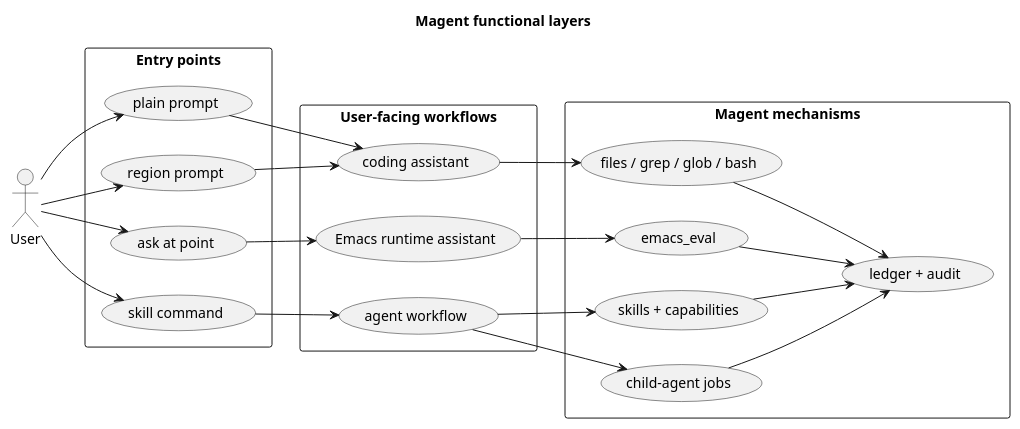
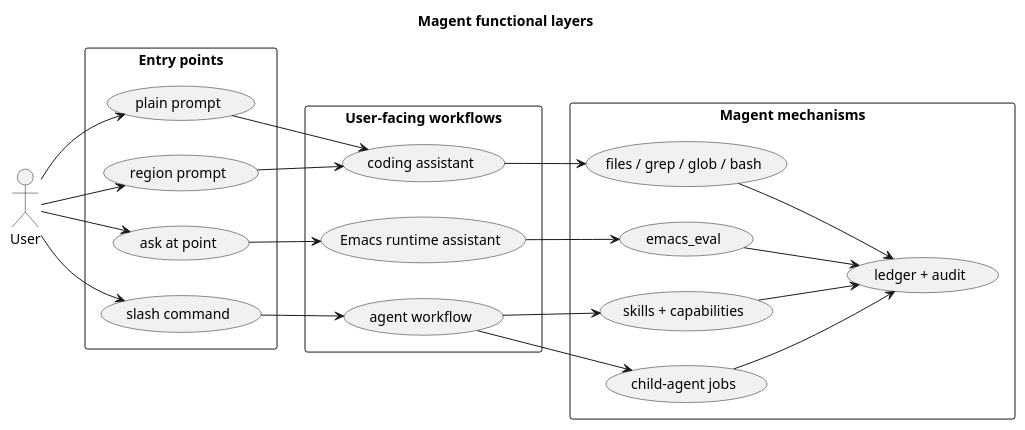
Before and after one commit to Jamie-Cui/magent: the third of 3 diagrams in docs/_diagrams/magent-architecture.org, drawn with PlantUML. The commit also changed 53 other files, not shown here.

First line of the commit message:
feat(commands): add extensible slash command API (#16)

```diff
--- a/docs/_diagrams/magent-architecture.org
+++ b/docs/_diagrams/magent-architecture.org
@@ -115,51 +115,51 @@
 #+begin_src plantuml :file ../assets/img/diagrams/functional-layers.svg :exports results :results file
 @startuml
 title Magent functional layers
 skinparam monochrome true
 skinparam shadowing false
 
 left to right direction
 
 actor User
 
 rectangle "Entry points" as Entry {
   usecase "plain prompt" as Plain
   usecase "region prompt" as Region
   usecase "ask at point" as Point
-  usecase "skill command" as SkillCommand
+  usecase "slash command" as SkillCommand
 }
 
 rectangle "User-facing workflows" as Workflows {
   usecase "coding assistant" as Coding
   usecase "Emacs runtime assistant" as RuntimeAssistant
   usecase "agent workflow" as AgentWorkflow
 }
 
 rectangle "Magent mechanisms" as Mechanisms {
   usecase "files / grep / glob / bash" as CodeTools
   usecase "emacs_eval" as Eval
   usecase "skills + capabilities" as Skills
   usecase "child-agent jobs" as Jobs
   usecase "ledger + audit" as LedgerAudit
 }
 
 User --> Plain
 User --> Region
 User --> Point
 User --> SkillCommand
 
 Plain --> Coding
 Region --> Coding
 Point --> RuntimeAssistant
 SkillCommand --> AgentWorkflow
 
 Coding --> CodeTools
 RuntimeAssistant --> Eval
 AgentWorkflow --> Skills
 AgentWorkflow --> Jobs
 CodeTools --> LedgerAudit
 Eval --> LedgerAudit
 Skills --> LedgerAudit
 Jobs --> LedgerAudit
 @enduml
 #+end_src
```
